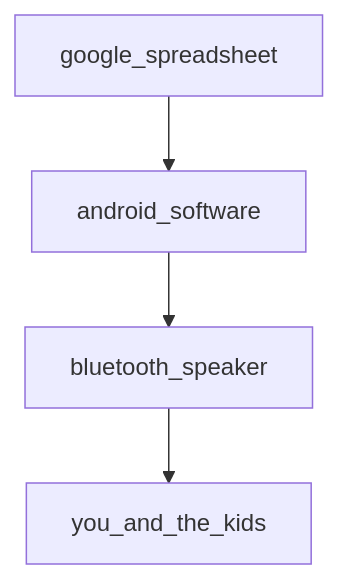
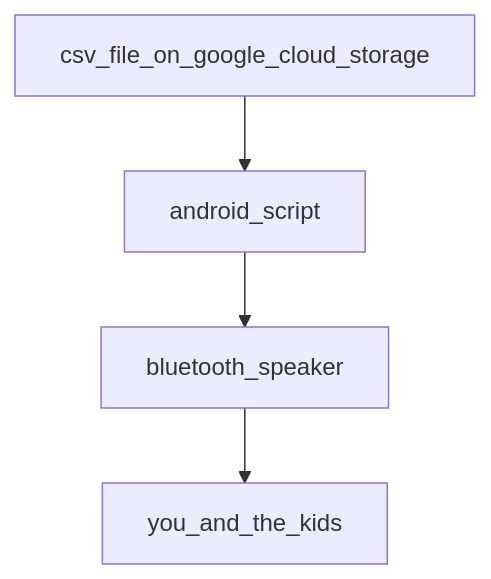
The diagram in README.md (passivon/passivon), drawn with Mermaid before and after one commit.

Commit message:
Update the graph on latest flow

````diff
--- a/README.md
+++ b/README.md
@@ -54,4 +54,4 @@
 ```mermaid
 graph TD
-google_spreadsheet --> android_software --> bluetooth_speaker --> you_and_the_kids
+csv_file_on_google_cloud_storage --> android_script --> bluetooth_speaker --> you_and_the_kids
 ```
````
